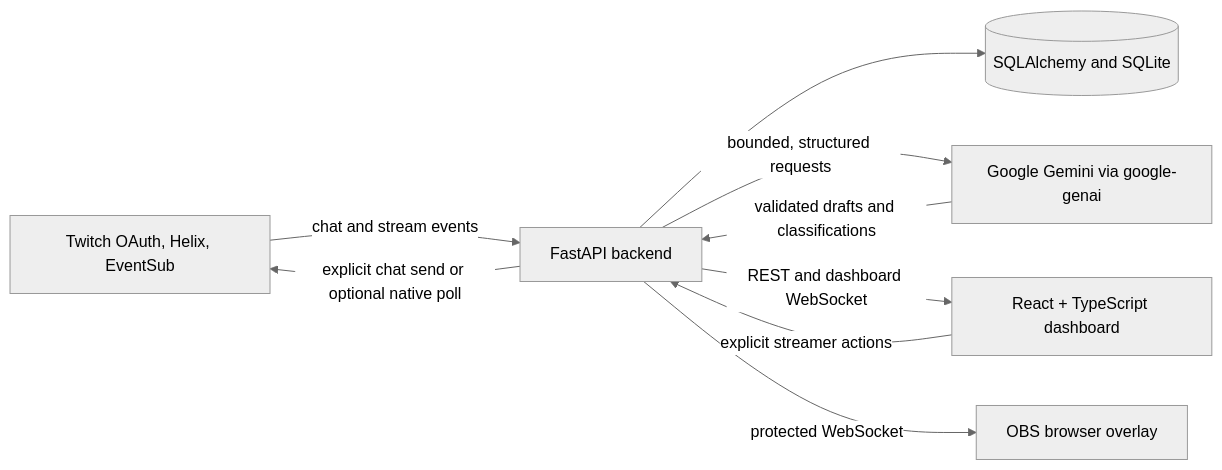
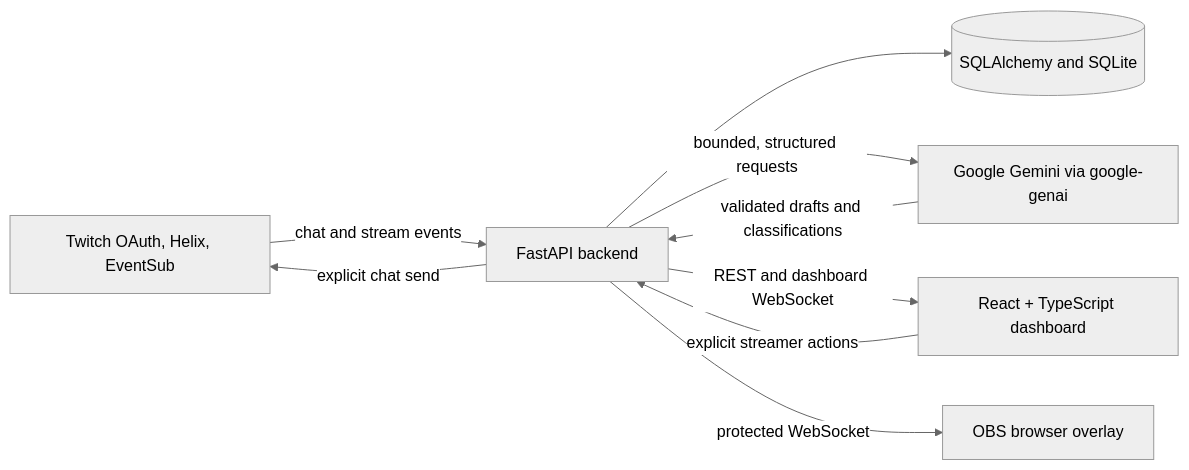
The diagram in README.md (dumpalakomalkiran/StreamPilotAI), drawn with Mermaid (neutral theme) before and after one commit. The commit also changed other lines of this file and 27 other files, not shown here.

````diff
--- a/README.md
+++ b/README.md
@@ -31,11 +31,11 @@
 ```mermaid
 flowchart LR
   Twitch[Twitch OAuth, Helix, EventSub] -->|chat and stream events| API[FastAPI backend]
   API --> DB[(SQLAlchemy and SQLite)]
   API -->|bounded, structured requests| Gemini[Google Gemini via google-genai]
   Gemini -->|validated drafts and classifications| API
   API -->|REST and dashboard WebSocket| Dashboard[React + TypeScript dashboard]
   Dashboard -->|explicit streamer actions| API
   API -->|protected WebSocket| Overlay[OBS browser overlay]
-  API -->|explicit chat send or optional native poll| Twitch
+  API -->|explicit chat send| Twitch
 ```
````
